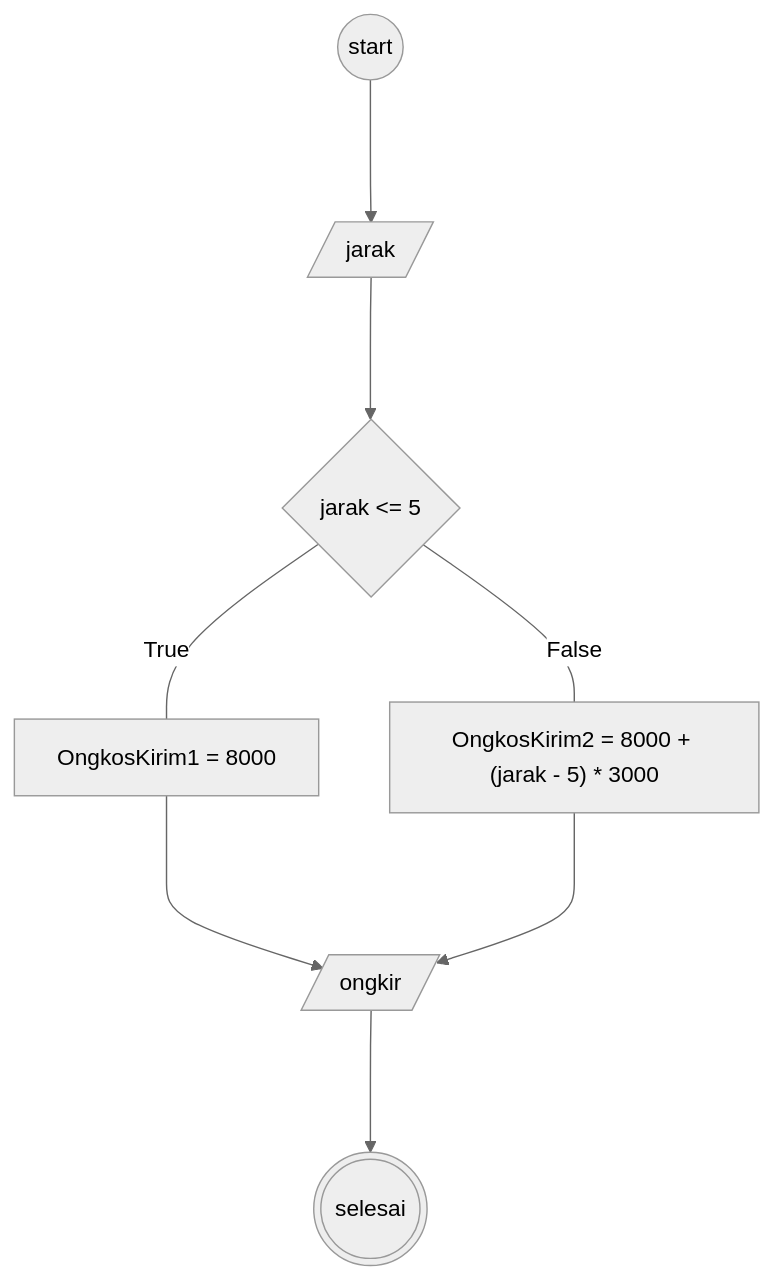
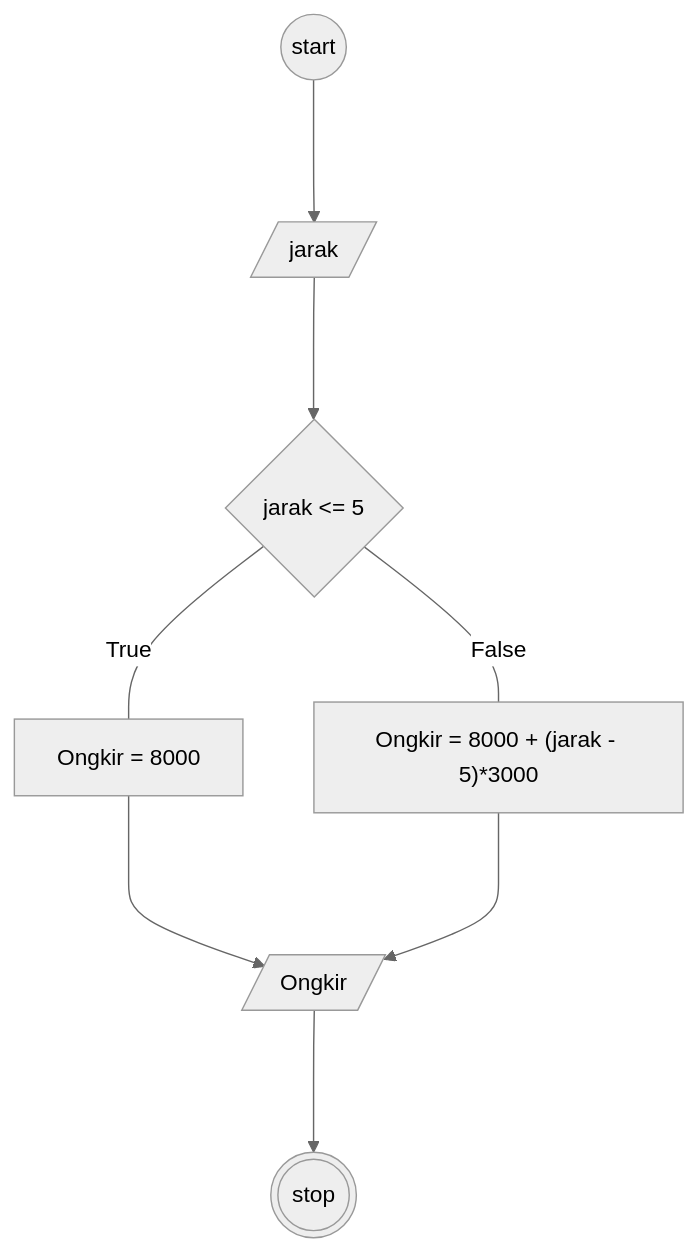
One commit to VirgilIw/koda-b4-algoritma changed the diagram in minitask8.md. Above: the diagram before and after it, drawn with Mermaid (neutral theme).

````diff
--- a/minitask8.md
+++ b/minitask8.md
@@ -1,17 +1,17 @@
 ```mermaid
 flowchart TB
 
 circle((start))
 
 circle--->id[/jarak/]
 
 id--->jauh{jarak <= 5}
 
-jauh --True --- ongkos1[OngkosKirim1 = 8000]
-jauh --False --- ongkos2["OngkosKirim2 = 8000 + (jarak - 5) * 3000"]
+jauh --True --- ongkos1[Ongkir = 8000]
+jauh --False --- ongkos2["Ongkir = 8000 + (jarak - 5)*3000"]
 
-ongkos1 ---> total[/ongkir/]
-ongkos2 ---> total[/ongkir/]
+ongkos1 ---> total[/Ongkir/]
+ongkos2 ---> total[/Ongkir/]
 
-total---> selesai(((selesai)))
+total---> selesai(((stop)))
 ```
````
